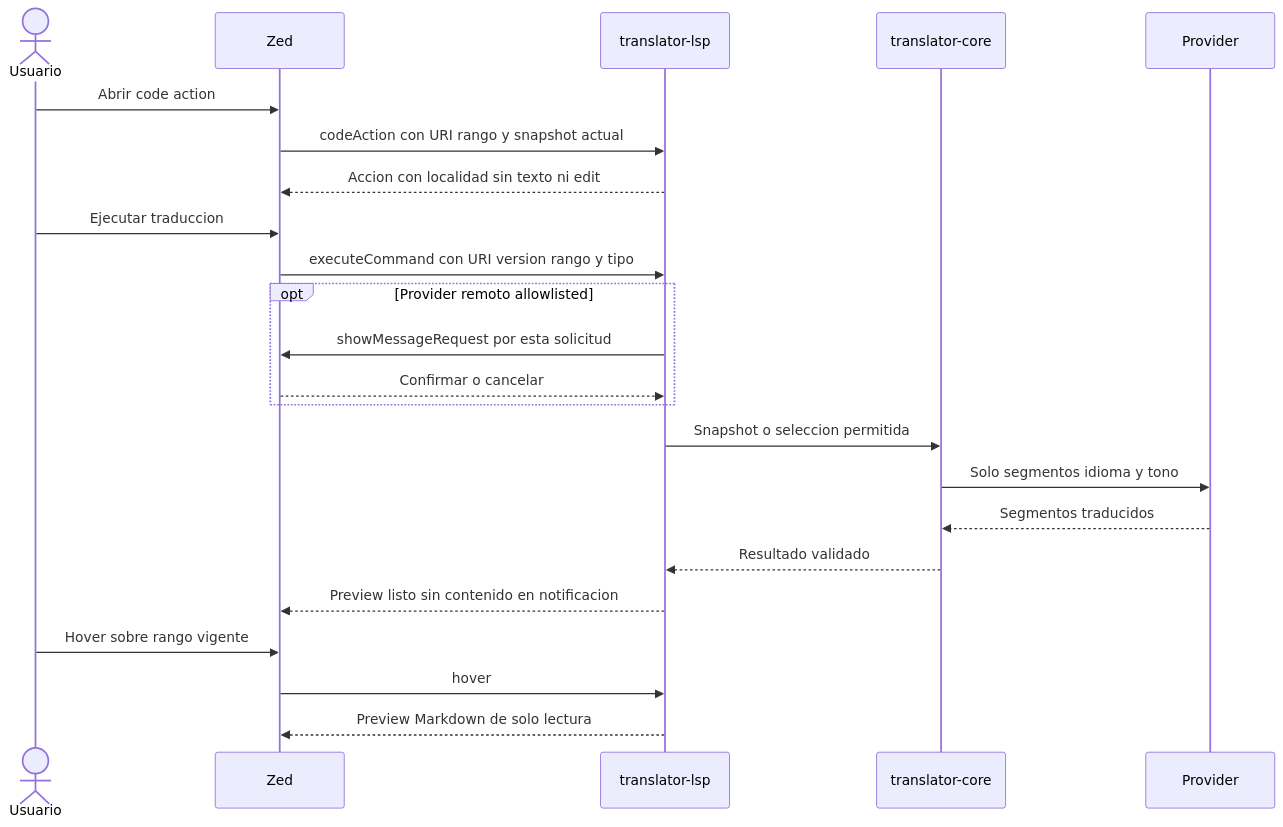
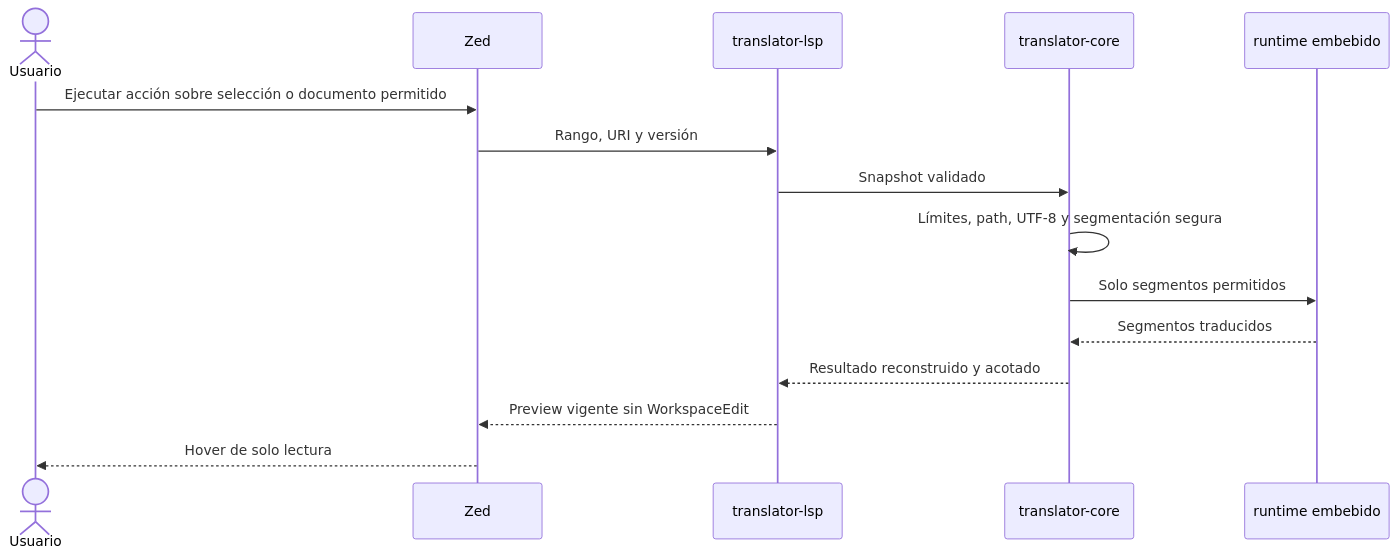
The third of 5 diagrams in docs/diagrams.md (Theos48/zed-en-es-translator), drawn with Mermaid before and after one commit. The commit also changed other lines of this file and 275 other files, not shown here.

````diff
--- a/docs/diagrams.md
+++ b/docs/diagrams.md
@@ -69,26 +69,18 @@
 ```mermaid
 sequenceDiagram
     actor User as Usuario
     participant Zed
     participant LSP as translator-lsp
     participant Core as translator-core
-    participant Provider
+    participant Runtime as runtime embebido
 
-    User->>Zed: Abrir code action
-    Zed->>LSP: codeAction con URI rango y snapshot actual
-    LSP-->>Zed: Accion con localidad sin texto ni edit
-    User->>Zed: Ejecutar traduccion
-    Zed->>LSP: executeCommand con URI version rango y tipo
-    opt Provider remoto allowlisted
-        LSP->>Zed: showMessageRequest por esta solicitud
-        Zed-->>LSP: Confirmar o cancelar
-    end
-    LSP->>Core: Snapshot o seleccion permitida
-    Core->>Provider: Solo segmentos idioma y tono
-    Provider-->>Core: Segmentos traducidos
-    Core-->>LSP: Resultado validado
-    LSP-->>Zed: Preview listo sin contenido en notificacion
-    User->>Zed: Hover sobre rango vigente
-    Zed->>LSP: hover
-    LSP-->>Zed: Preview Markdown de solo lectura
+    User->>Zed: Ejecutar acción sobre selección o documento permitido
+    Zed->>LSP: Rango, URI y versión
+    LSP->>Core: Snapshot validado
+    Core->>Core: Límites, path, UTF-8 y segmentación segura
+    Core->>Runtime: Solo segmentos permitidos
+    Runtime-->>Core: Segmentos traducidos
+    Core-->>LSP: Resultado reconstruido y acotado
+    LSP-->>Zed: Preview vigente sin WorkspaceEdit
+    Zed-->>User: Hover de solo lectura
 ```
````
